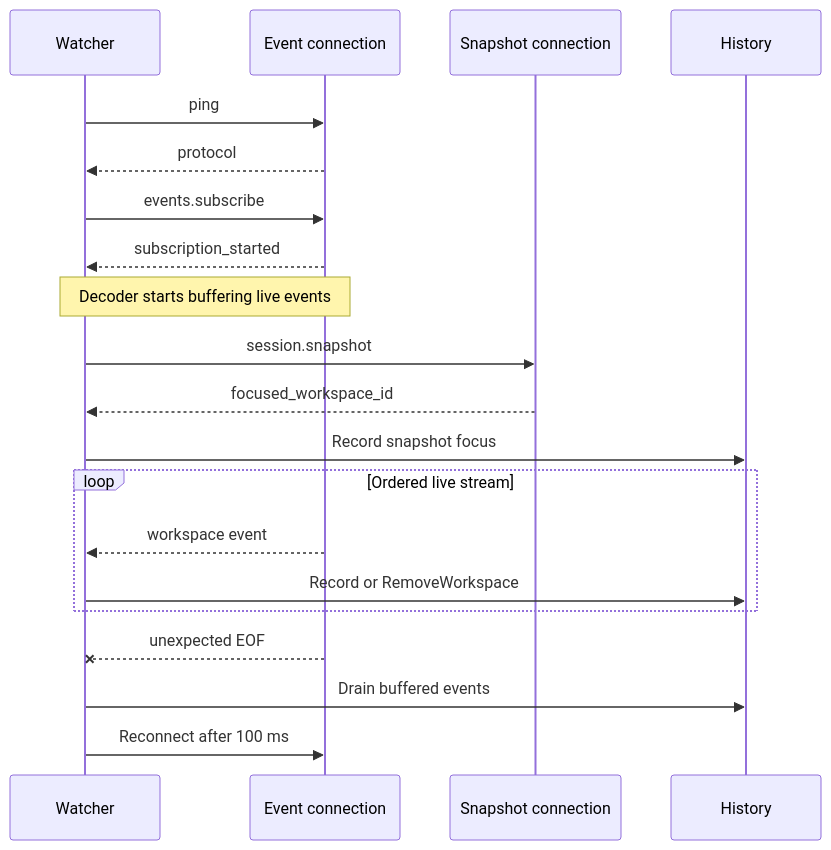
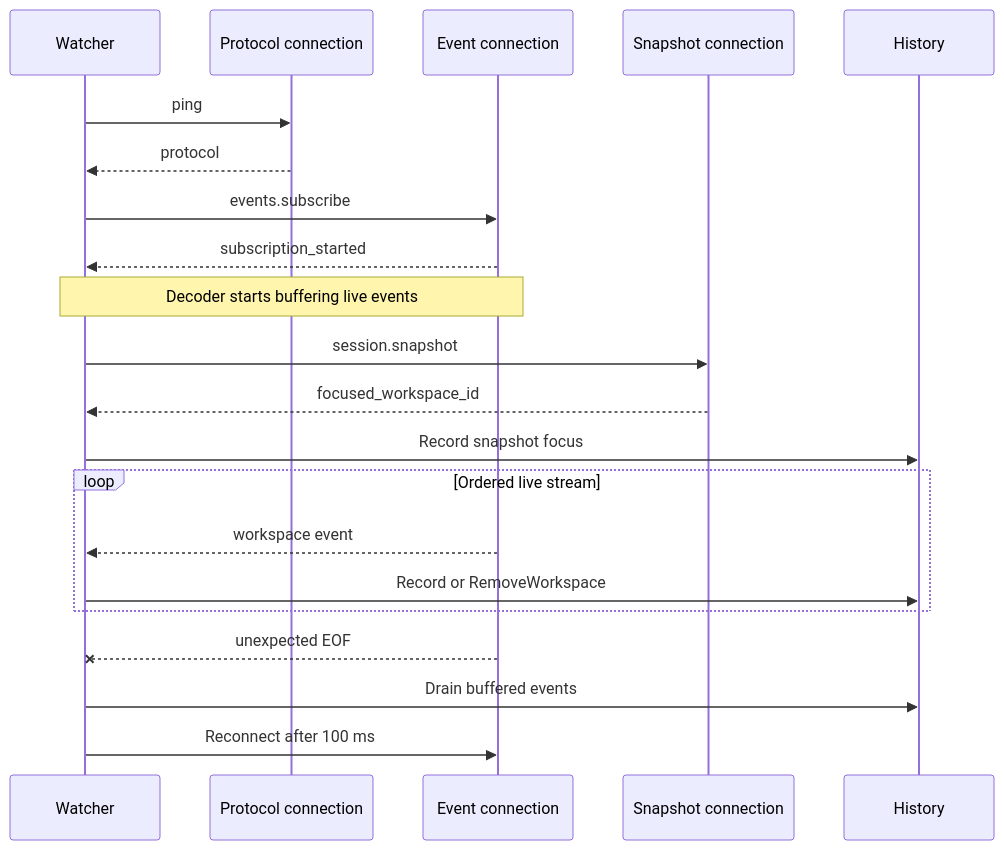
One commit to fullerzz/herdr-plugin-sesh changed the second of 3 diagrams in docs/development/workspace-history.md. Above: the diagram before and after it, drawn with Mermaid. The commit also changed other lines of this file and 5 other files, not shown here.

````diff
--- a/docs/development/workspace-history.md
+++ b/docs/development/workspace-history.md
@@ -87,22 +90,23 @@
 ```mermaid
 sequenceDiagram
     participant W as Watcher
+    participant P as Protocol connection
     participant E as Event connection
     participant S as Snapshot connection
     participant H as History
-    W->>E: ping
-    E-->>W: protocol
+    W->>P: ping
+    P-->>W: protocol
     W->>E: events.subscribe
     E-->>W: subscription_started
     Note over W,E: Decoder starts buffering live events
     W->>S: session.snapshot
     S-->>W: focused_workspace_id
     W->>H: Record snapshot focus
     loop Ordered live stream
         E-->>W: workspace event
         W->>H: Record or RemoveWorkspace
     end
     E--xW: unexpected EOF
     W->>H: Drain buffered events
     W->>E: Reconnect after 100 ms
 ```
````
